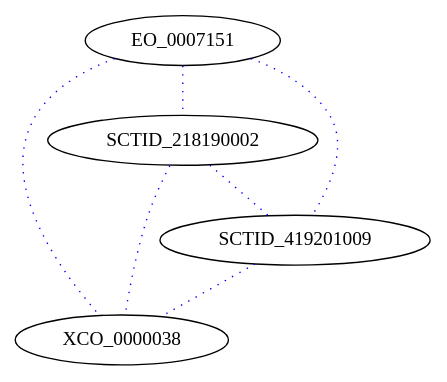
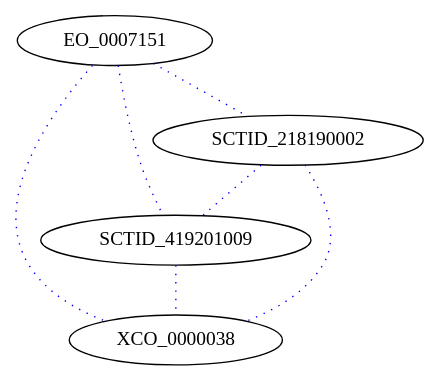
Before and after one commit to cmungall/radiation-ontology: the diagram in target/img-EO_0007151.dot, drawn with Graphviz. The commit also changed other lines of this file and 12 other files, not shown here.

```diff
--- a/target/img-EO_0007151.dot
+++ b/target/img-EO_0007151.dot
@@ -1,13 +1,13 @@
 digraph cliquegraph {
-EO_0007151 -> XCO_0000038 [ arrowhead = none, penwidth=1, color=blue, label="", style=dotted]
+SCTID_419201009 -> XCO_0000038 [ arrowhead = none, penwidth=1, color=blue, label="", style=dotted]
 
 SCTID_218190002 -> SCTID_419201009 [ arrowhead = none, penwidth=1, color=blue, label="", style=dotted]
 
 SCTID_218190002 -> XCO_0000038 [ arrowhead = none, penwidth=1, color=blue, label="", style=dotted]
 
-SCTID_419201009 -> XCO_0000038 [ arrowhead = none, penwidth=1, color=blue, label="", style=dotted]
+EO_0007151 -> XCO_0000038 [ arrowhead = none, penwidth=1, color=blue, label="", style=dotted]
 
 EO_0007151 -> SCTID_419201009 [ arrowhead = none, penwidth=1, color=blue, label="", style=dotted]
 
 EO_0007151 -> SCTID_218190002 [ arrowhead = none, penwidth=1, color=blue, label="", style=dotted]
 }
```
